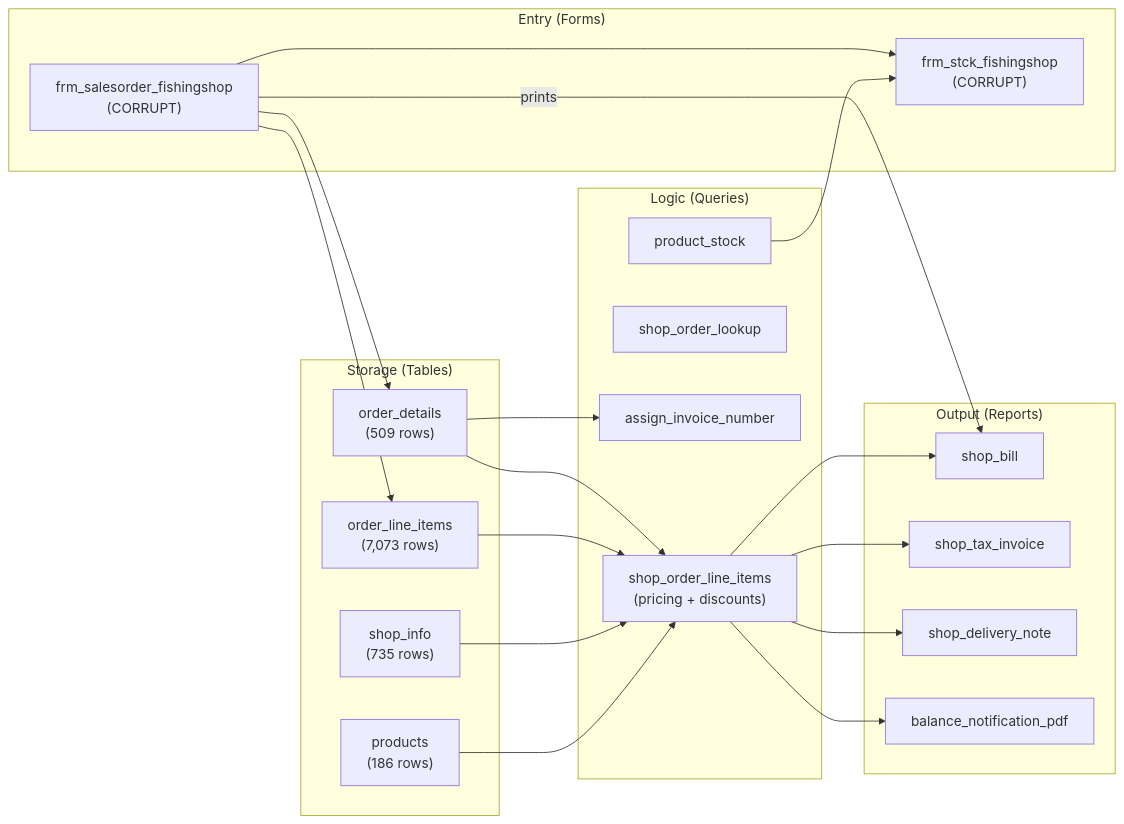
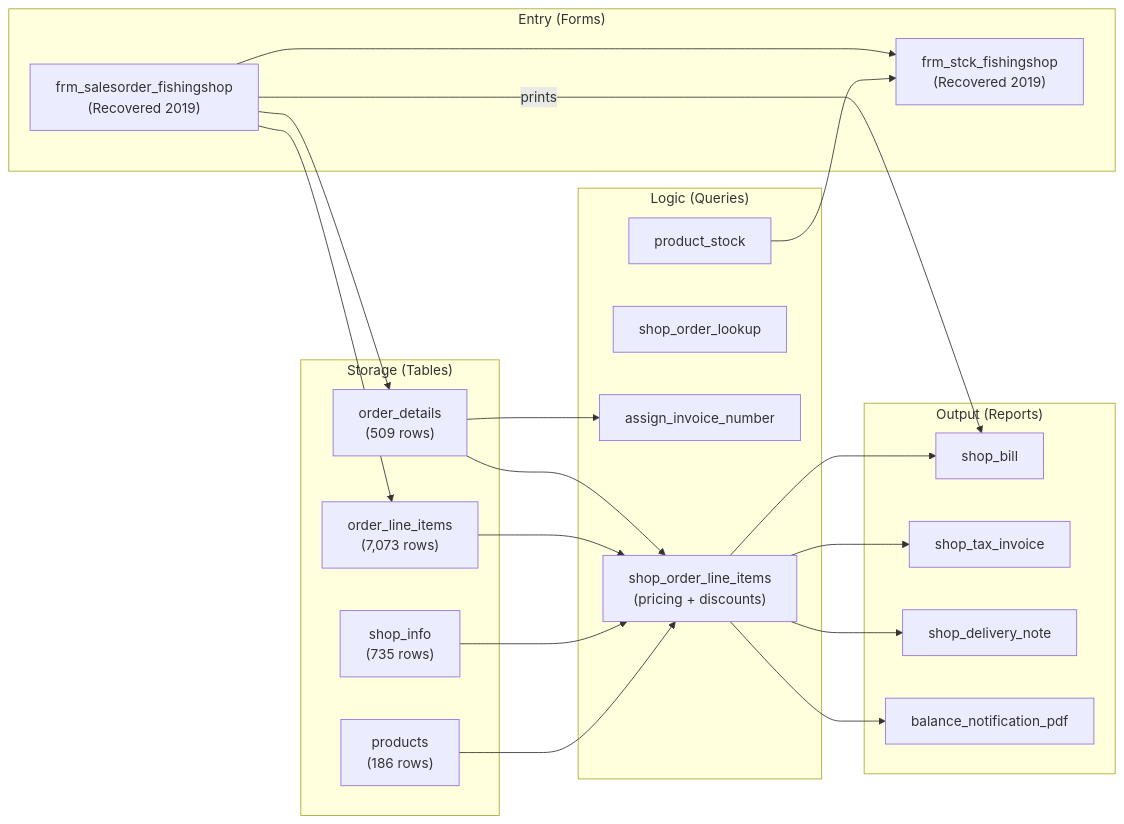
One commit to jfxberns/epic-db changed the sixth of 14 diagrams in docs/BLUEPRINT.md. Above: the diagram before and after it, drawn with Mermaid. The commit also changed other lines of this file and 130 other files, not shown here.

````diff
--- a/docs/BLUEPRINT.md
+++ b/docs/BLUEPRINT.md
@@ -1493,43 +1524,43 @@
 ```mermaid
 flowchart LR
     subgraph Entry["Entry (Forms)"]
-        F1["frm_salesorder_fishingshop\n(CORRUPT)"]
-        F1sub["frm_stck_fishingshop\n(CORRUPT)"]
+        F1["frm_salesorder_fishingshop\n(Recovered 2019)"]
+        F1sub["frm_stck_fishingshop\n(Recovered 2019)"]
         F1 --> F1sub
     end
 
     subgraph Storage["Storage (Tables)"]
         T1["order_details\n(509 rows)"]
         T2["order_line_items\n(7,073 rows)"]
         T3["shop_info\n(735 rows)"]
         T4["products\n(186 rows)"]
     end
 
     subgraph Logic["Logic (Queries)"]
         Q1["shop_order_line_items\n(pricing + discounts)"]
         Q2["shop_order_lookup"]
         Q3["assign_invoice_number"]
         Q4["product_stock"]
     end
 
     subgraph Output["Output (Reports)"]
         R1["shop_bill"]
         R2["shop_tax_invoice"]
         R3["shop_delivery_note"]
         R4["balance_notification_pdf"]
     end
 
     F1 --> T1
     F1 --> T2
     T1 --> Q1
     T2 --> Q1
     T3 --> Q1
     T4 --> Q1
     T1 --> Q3
     Q4 --> F1sub
     Q1 --> R1
     Q1 --> R2
     Q1 --> R3
     Q1 --> R4
     F1 -->|"prints"| R1
 ```
````
